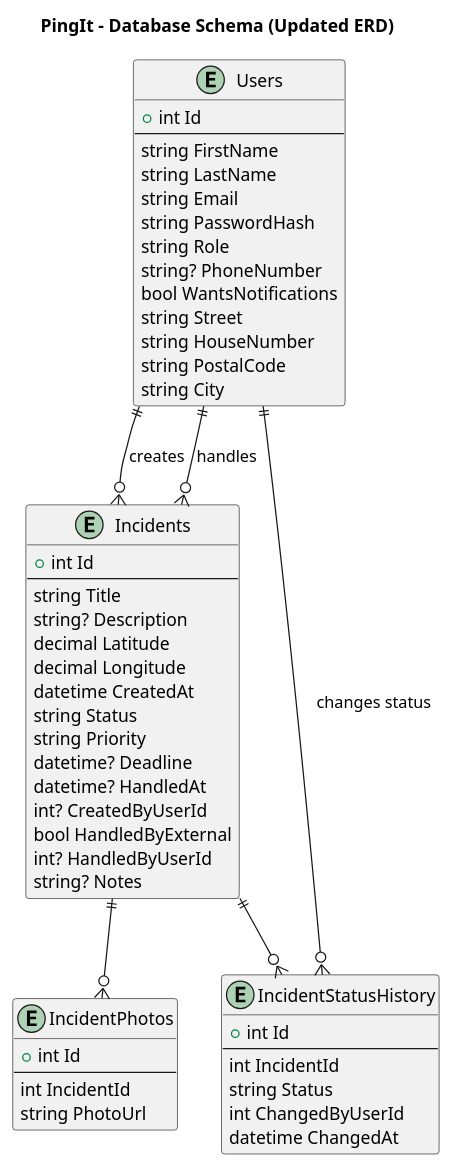
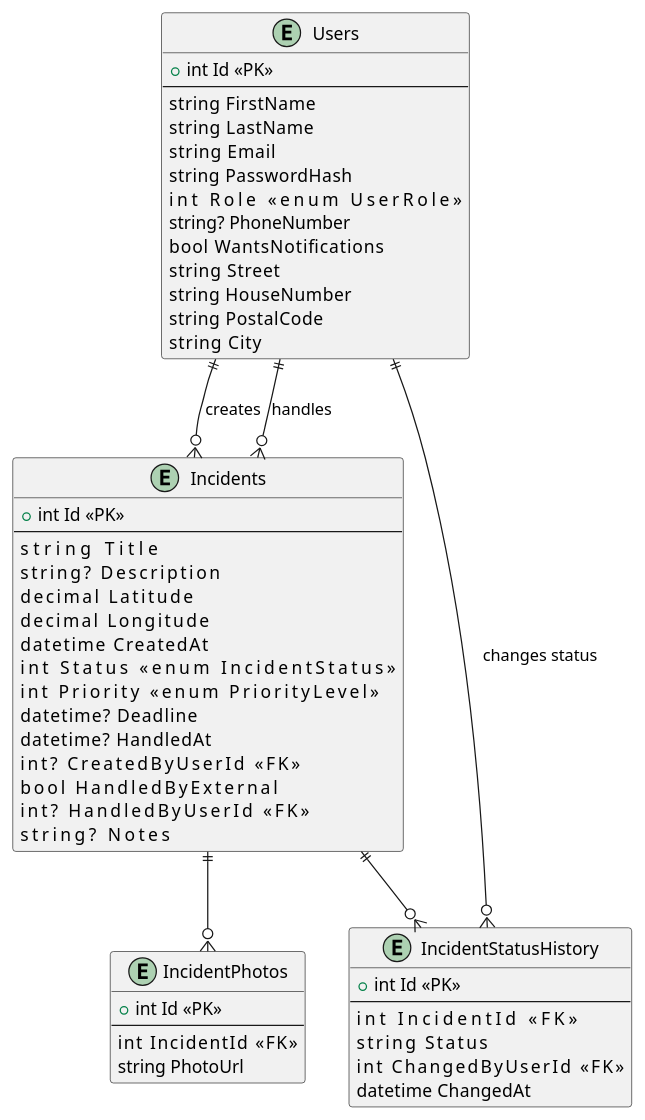
One commit to gerjanvdoever/PingIt changed the diagram in Docs/ClassDiagram.puml. Above: the diagram before and after it, drawn with PlantUML. The commit also changed 8 other files, not shown here.

```diff
--- a/Docs/ClassDiagram.puml
+++ b/Docs/ClassDiagram.puml
@@ -1,61 +1,76 @@
 @startuml
-title PingIt - Database Schema (Updated ERD)
+
+/' -------------------------------------------------
+   ENTITIES
+   ------------------------------------------------- '/
 
 entity Users {
-  +int Id
+  +int Id <<PK>>
   --
-  string FirstName
-  string LastName
-  string Email
-  string PasswordHash
-  string Role
+  string   FirstName
+  string   LastName
+  string   Email
+  string   PasswordHash
+  int        Role            <<enum UserRole>>
   string? PhoneNumber
-  bool WantsNotifications
-  string Street
-  string HouseNumber
-  string PostalCode
-  string City
+  bool     WantsNotifications
+  string   Street
+  string   HouseNumber
+  string   PostalCode
+  string   City
 }
 
 entity Incidents {
-  +int Id
+  +int Id <<PK>>
   --
-  string Title
-  string? Description
-  decimal Latitude
-  decimal Longitude
-  datetime CreatedAt
-  string Status
-  string Priority
-  datetime? Deadline
-  datetime? HandledAt
-  int? CreatedByUserId
-  bool HandledByExternal
-  int? HandledByUserId
-  string? Notes
+  string            Title
+  string?           Description
+  decimal         Latitude
+  decimal         Longitude
+  datetime       CreatedAt
+  int                 Status        <<enum IncidentStatus>>
+  int                 Priority      <<enum PriorityLevel>>
+  datetime?     Deadline
+  datetime?     HandledAt
+  int?               CreatedByUserId <<FK>>
+  bool              HandledByExternal
+  int?               HandledByUserId  <<FK>>
+  string?          Notes
 }
 
 entity IncidentPhotos {
-  +int Id
+  +int Id <<PK>>
   --
-  int IncidentId
+  int      IncidentId  <<FK>>
   string PhotoUrl
 }
 
 entity IncidentStatusHistory {
-  +int Id
+  +int Id <<PK>>
   --
-  int IncidentId
-  string Status
-  int ChangedByUserId
-  datetime ChangedAt
+  int            IncidentId     <<FK>>
+  string       Status
+  int            ChangedByUserId <<FK>>
+  datetime  ChangedAt
 }
 
-' RELATIONS
-Users ||--o{ Incidents : creates
-Users ||--o{ IncidentStatusHistory : changes status
-Incidents ||--o{ IncidentPhotos
-Incidents ||--o{ IncidentStatusHistory
-Users ||--o{ Incidents : handles
+/' -------------------------------------------------
+   RELATIONS (conform Fluent API)
+   ------------------------------------------------- '/
+
+' 1  User (creator) ---< Incident
+Users       ||--o{ Incidents           : creates
+
+' 2  User (handler) ---< Incident   (zelfde tabel, andere rol)
+Users       ||--o{ Incidents           : handles
+
+' 3  User ---< IncidentStatusHistory
+Users       ||--o{ IncidentStatusHistory : changes status
+
+' 4  Incident ---< IncidentPhotos
+Incidents   ||--o{ IncidentPhotos
+
+' 5  Incident ---< IncidentStatusHistory
+Incidents   ||--o{ IncidentStatusHistory
 
 @enduml
```
